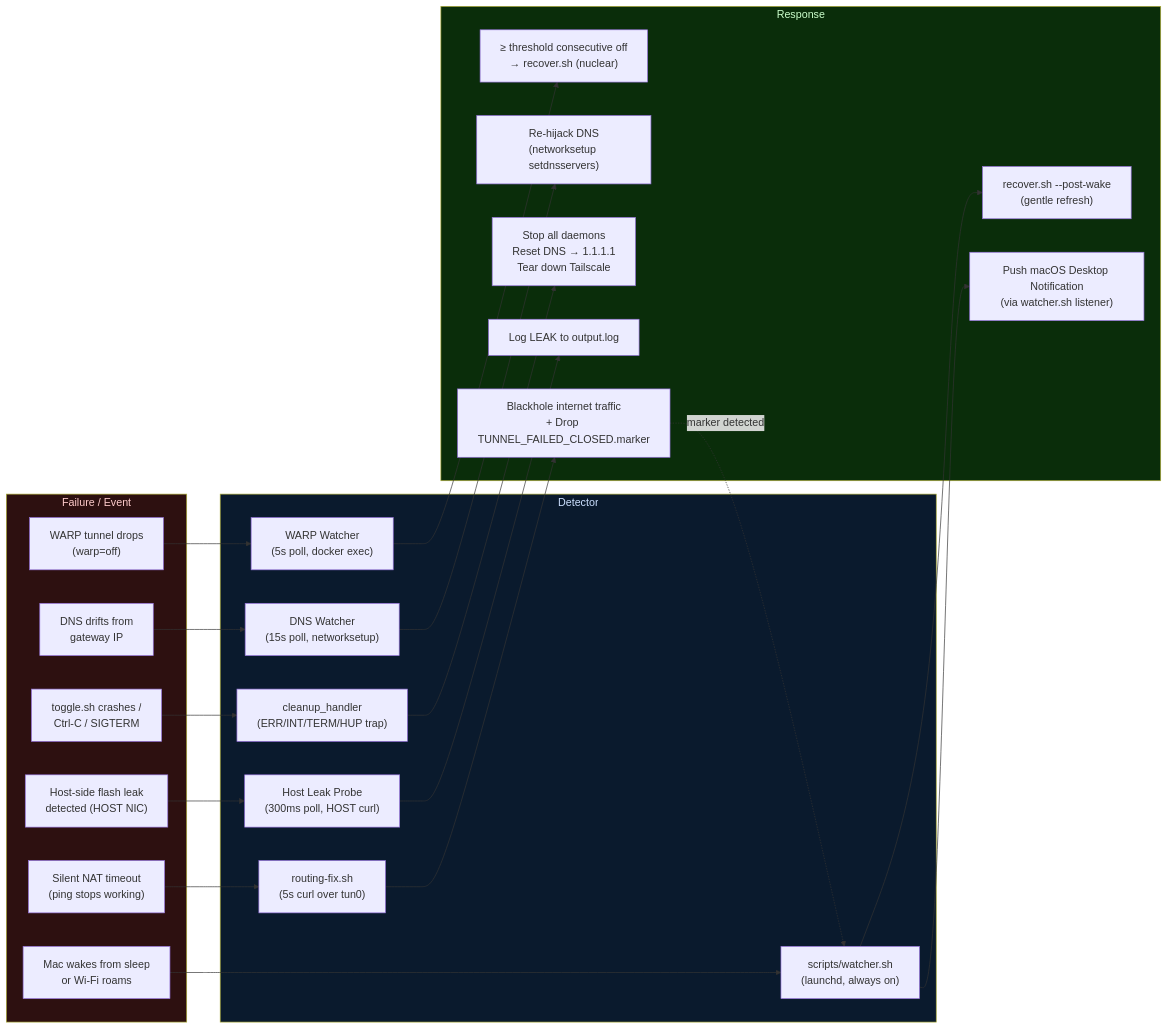
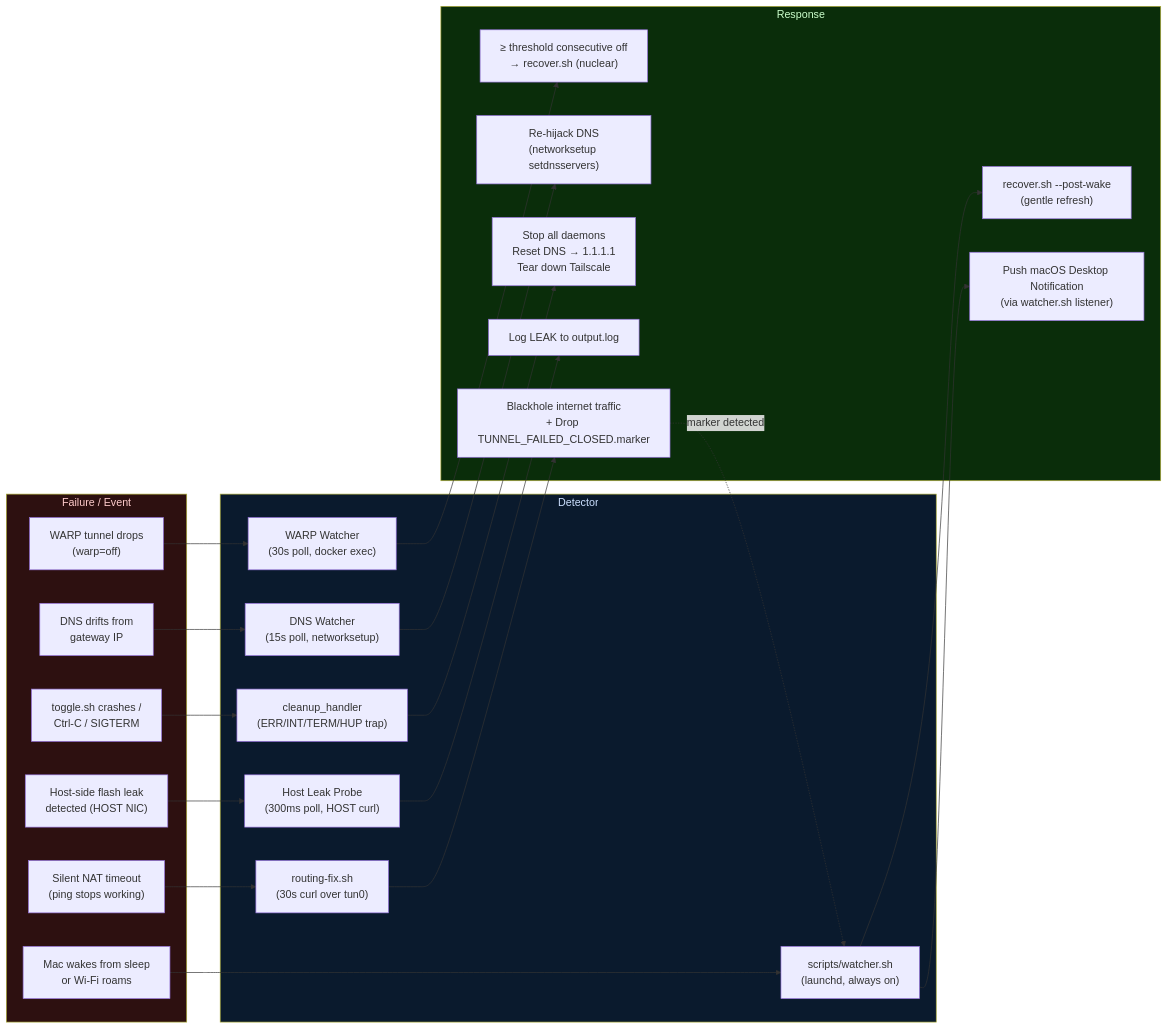
The seventh of 7 diagrams in diagrams.md (OmarAlaaeldein/nullexit), drawn with Mermaid before and after one commit. The commit also changed other lines of this file and 11 other files, not shown here.

Commit message:
Fix routing-fix container teardown delay and watcher syntax error

````diff
--- a/diagrams.md
+++ b/diagrams.md
@@ -291,43 +291,43 @@
 ```mermaid
 flowchart LR
     subgraph EVENTS["Failure / Event"]
         E1["WARP tunnel drops\n(warp=off)"]
         E2["Mac wakes from sleep\nor Wi-Fi roams"]
         E3["DNS drifts from\ngateway IP"]
         E4["toggle.sh crashes /\nCtrl-C / SIGTERM"]
         E5["Host-side flash leak\ndetected (HOST NIC)"]
         E6["Silent NAT timeout\n(ping stops working)"]
     end
 
     subgraph DETECTORS["Detector"]
-        D1["WARP Watcher\n(5s poll, docker exec)"]
+        D1["WARP Watcher\n(30s poll, docker exec)"]
         D2["scripts/watcher.sh\n(launchd, always on)"]
         D3["DNS Watcher\n(15s poll, networksetup)"]
         D4["cleanup_handler\n(ERR/INT/TERM/HUP trap)"]
         D5["Host Leak Probe\n(300ms poll, HOST curl)"]
-        D6["routing-fix.sh\n(5s curl over tun0)"]
+        D6["routing-fix.sh\n(30s curl over tun0)"]
     end
 
     subgraph ACTIONS["Response"]
         A1["≥ threshold consecutive off\n→ recover.sh (nuclear)"]
         A2["recover.sh --post-wake\n(gentle refresh)"]
         A3["Re-hijack DNS\n(networksetup setdnsservers)"]
         A4["Stop all daemons\nReset DNS → 1.1.1.1\nTear down Tailscale"]
         A5["Log LEAK to output.log"]
         A6["Blackhole internet traffic\n+ Drop TUNNEL_FAILED_CLOSED.marker"]
         A7["Push macOS Desktop Notification\n(via watcher.sh listener)"]
     end
 
     E1 --> D1 --> A1
     E2 --> D2 --> A2
     E3 --> D3 --> A3
     E4 --> D4 --> A4
     E5 --> D5 --> A5
     E6 --> D6 --> A6
     A6 -.->|"marker detected"| D2
     D2 --> A7
 
     style EVENTS fill:#2d1010,color:#ffcccc
     style DETECTORS fill:#0a1a2d,color:#cce0ff
     style ACTIONS fill:#0a2d0a,color:#ccffcc
 ```
````
